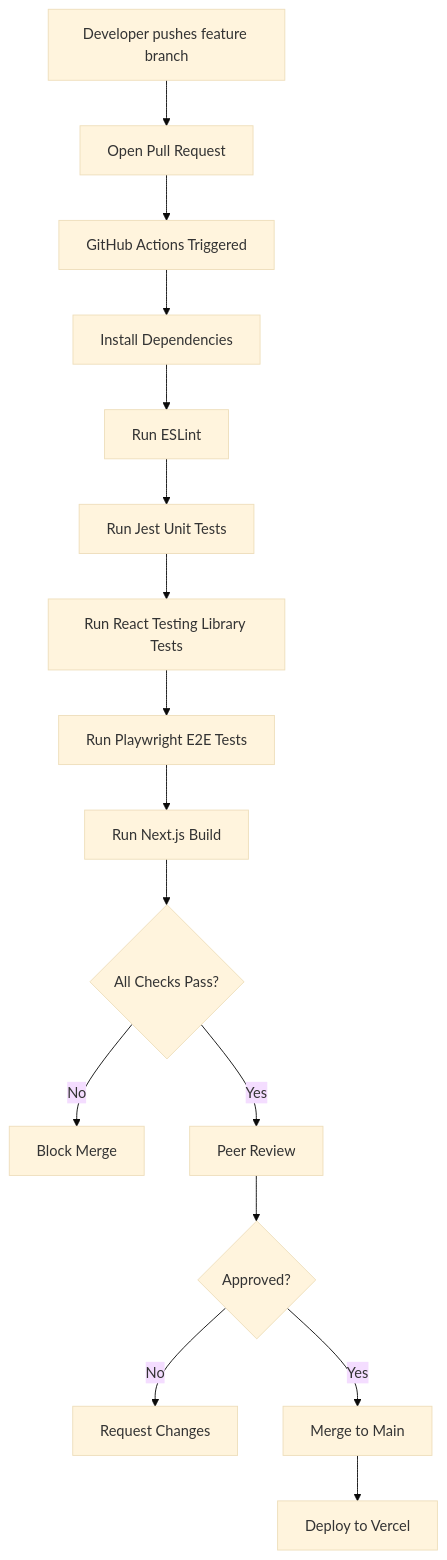
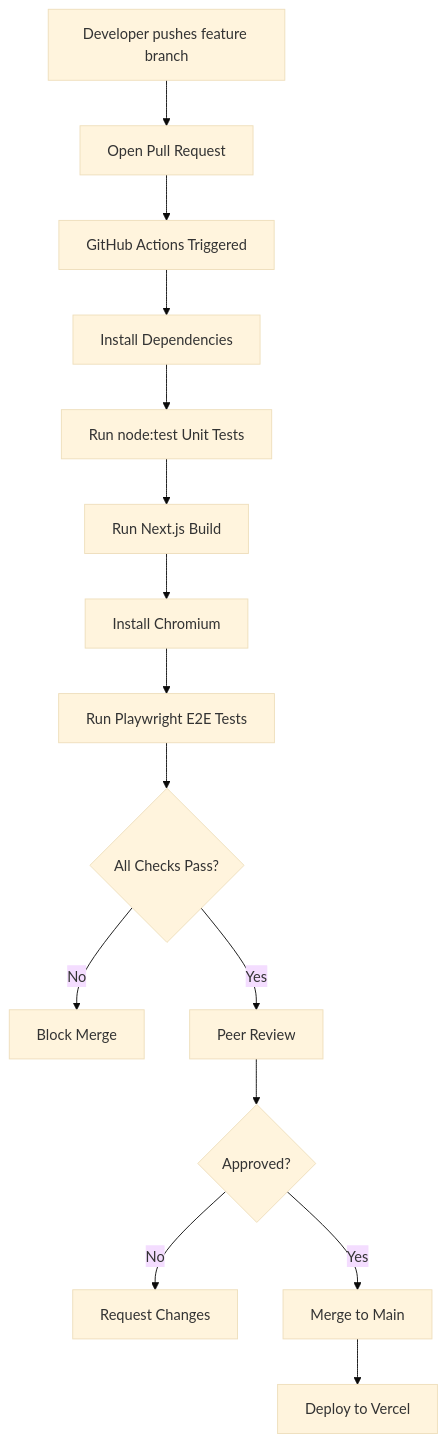
One commit to arav31/NUS-Tree changed diagram 14 of 14 in README.md. Above: the diagram before and after it, drawn with Mermaid (base theme). The commit also changed other lines of this file and 3 other files, not shown here.

````diff
--- a/README.md
+++ b/README.md
@@ -1347,18 +1287,17 @@
 ```mermaid
 flowchart TD
     A[Developer pushes feature branch] --> B[Open Pull Request]
     B --> C[GitHub Actions Triggered]
     C --> D[Install Dependencies]
-    D --> E[Run ESLint]
-    E --> F[Run Jest Unit Tests]
-    F --> G[Run React Testing Library Tests]
+    D --> E[Run node:test Unit Tests]
+    E --> F[Run Next.js Build]
+    F --> G[Install Chromium]
     G --> H[Run Playwright E2E Tests]
-    H --> I[Run Next.js Build]
-    I --> J{All Checks Pass?}
+    H --> J{All Checks Pass?}
     J -- No --> K[Block Merge]
     J -- Yes --> L[Peer Review]
     L --> M{Approved?}
     M -- No --> N[Request Changes]
     M -- Yes --> O[Merge to Main]
     O --> P[Deploy to Vercel]
 ```
````
